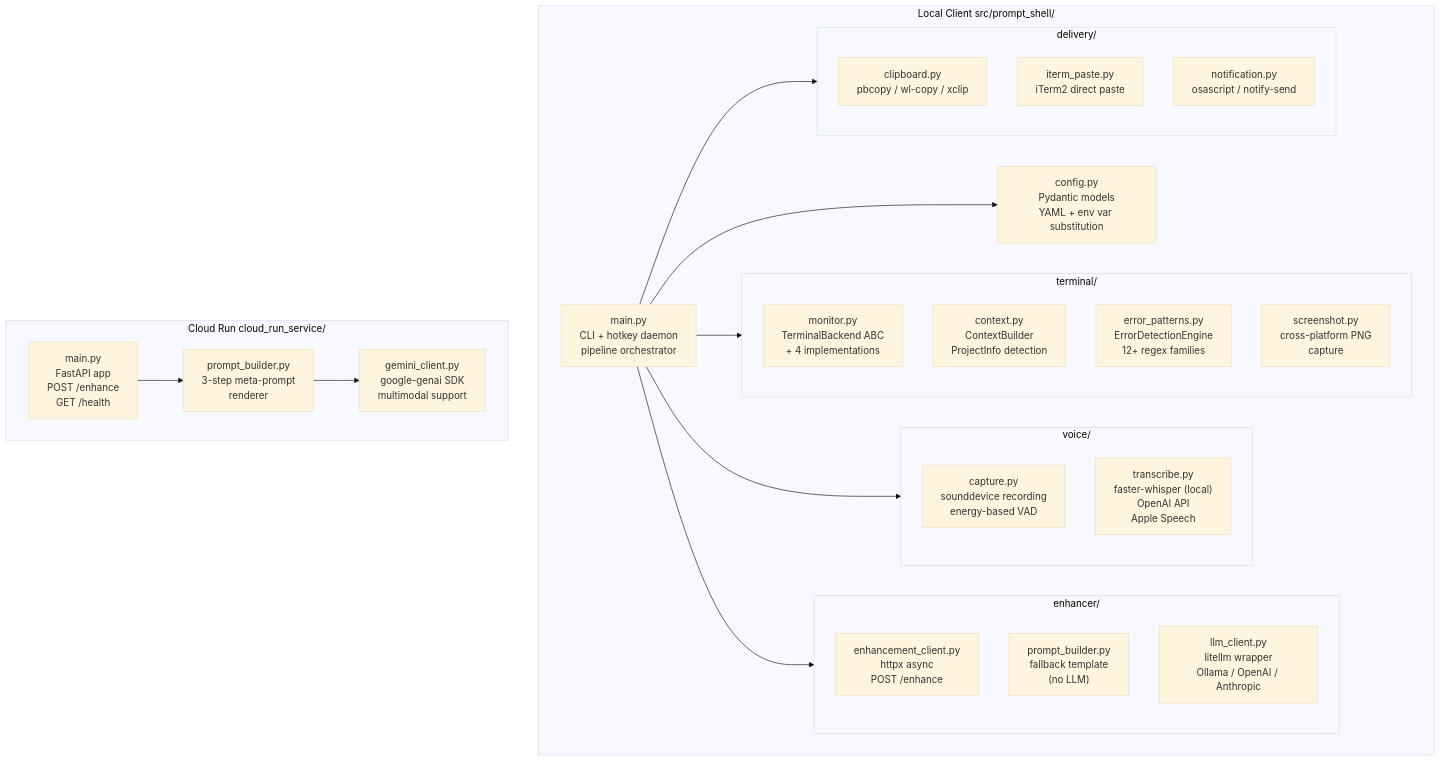
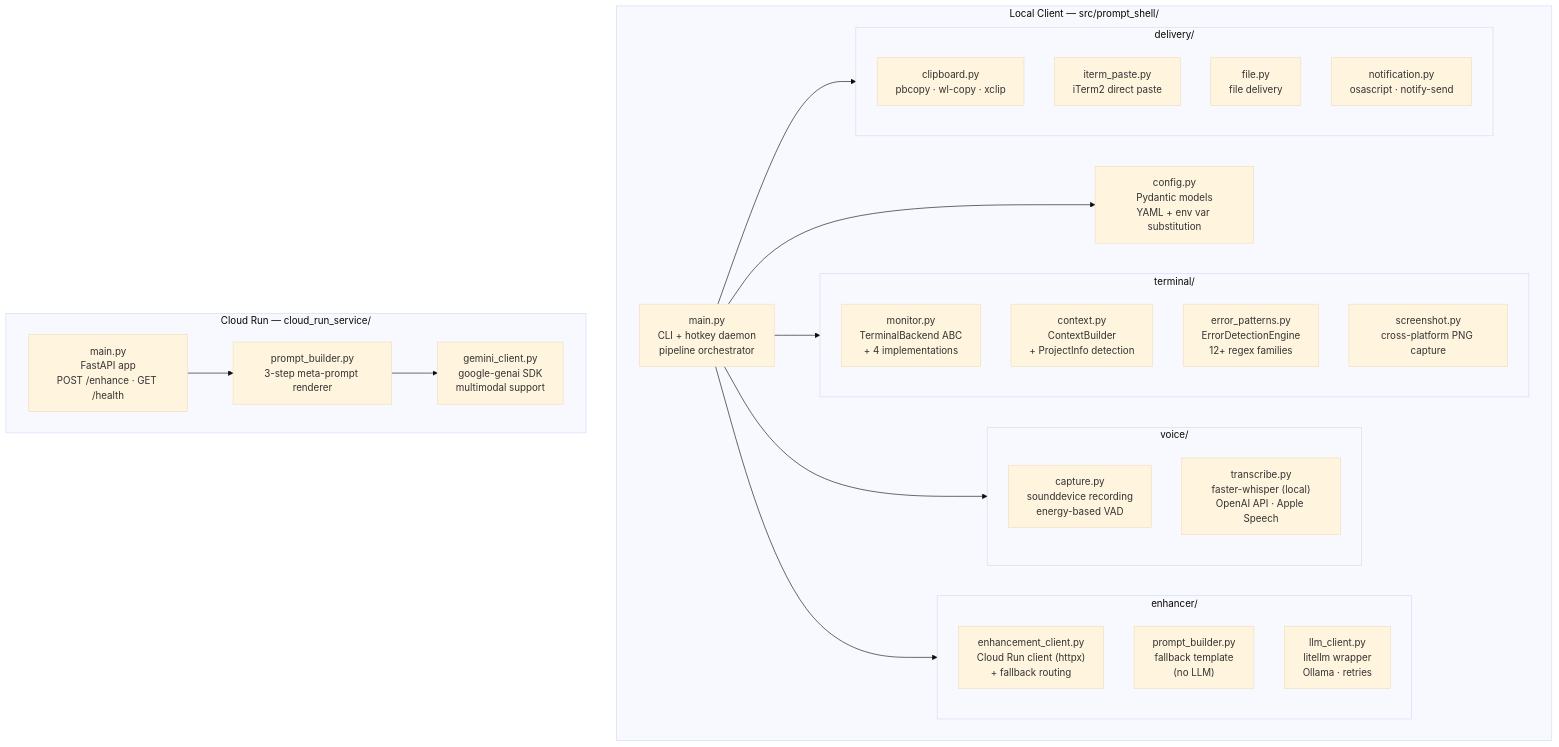
The ninth of 9 diagrams in docs/system_design.md (VinnyBabuManjaly/PromptShell), drawn with Mermaid (base theme) before and after one commit. The commit also changed other lines of this file and 4 other files, not shown here.

Commit message:
Add comprehensive documentation: README, system design, demo script, and updated architecture docs

````diff
--- a/docs/system_design.md
+++ b/docs/system_design.md
@@ -385,41 +374,42 @@
 ```mermaid
 flowchart TD
-    subgraph LOCAL2["Local Client  src/prompt_shell/"]
-        M["main.py\nCLI + hotkey daemon\npipeline orchestrator"]
+    subgraph LOCAL2["Local Client — src/prompt_shell/"]
+        M["main.py<br/>CLI + hotkey daemon<br/>pipeline orchestrator"]
 
         subgraph T["terminal/"]
-            MON["monitor.py\nTerminalBackend ABC\n+ 4 implementations"]
-            CTX["context.py\nContextBuilder\nProjectInfo detection"]
-            ERR["error_patterns.py\nErrorDetectionEngine\n12+ regex families"]
-            SSHOT["screenshot.py\ncross-platform PNG\ncapture"]
+            MON["monitor.py<br/>TerminalBackend ABC<br/>+ 4 implementations"]
+            CTX["context.py<br/>ContextBuilder<br/>+ ProjectInfo detection"]
+            ERR["error_patterns.py<br/>ErrorDetectionEngine<br/>12+ regex families"]
+            SSHOT["screenshot.py<br/>cross-platform PNG capture"]
         end
 
         subgraph VO["voice/"]
-            CAP["capture.py\nsounddevice recording\nenergy-based VAD"]
-            TRN["transcribe.py\nfaster-whisper (local)\nOpenAI API\nApple Speech"]
+            CAP["capture.py<br/>sounddevice recording<br/>energy-based VAD"]
+            TRN["transcribe.py<br/>faster-whisper (local)<br/>OpenAI API · Apple Speech"]
         end
 
         subgraph EN["enhancer/"]
-            ECLI["enhancement_client.py\nhttpx async\nPOST /enhance"]
-            PB["prompt_builder.py\nfallback template\n(no LLM)"]
-            LC2["llm_client.py\nlitellm wrapper\nOllama / OpenAI / Anthropic"]
+            ECLI["enhancement_client.py<br/>Cloud Run client (httpx)<br/>+ fallback routing"]
+            PBL["prompt_builder.py<br/>fallback template<br/>(no LLM)"]
+            LC2["llm_client.py<br/>litellm wrapper<br/>Ollama · retries"]
         end
 
         subgraph DV["delivery/"]
-            CLP["clipboard.py\npbcopy / wl-copy / xclip"]
-            ITP["iterm_paste.py\niTerm2 direct paste"]
-            NOT["notification.py\nosascript / notify-send"]
+            CLP["clipboard.py<br/>pbcopy · wl-copy · xclip"]
+            ITP["iterm_paste.py<br/>iTerm2 direct paste"]
+            FIL["file.py<br/>file delivery"]
+            NOT["notification.py<br/>osascript · notify-send"]
         end
 
-        CFG["config.py\nPydantic models\nYAML + env var substitution"]
+        CFG["config.py<br/>Pydantic models<br/>YAML + env var substitution"]
     end
 
-    subgraph CRS["Cloud Run  cloud_run_service/"]
-        CRMAIN["main.py\nFastAPI app\nPOST /enhance\nGET /health"]
-        CRPB["prompt_builder.py\n3-step meta-prompt\nrenderer"]
-        CRGC["gemini_client.py\ngoogle-genai SDK\nmultimodal support"]
+    subgraph CRS["Cloud Run — cloud_run_service/"]
+        CRMAIN["main.py<br/>FastAPI app<br/>POST /enhance · GET /health"]
+        CRPB["prompt_builder.py<br/>3-step meta-prompt renderer"]
+        CRGC["gemini_client.py<br/>google-genai SDK<br/>multimodal support"]
     end
 
     M --> T & VO & EN & DV & CFG
     CRMAIN --> CRPB --> CRGC
 ```
````
